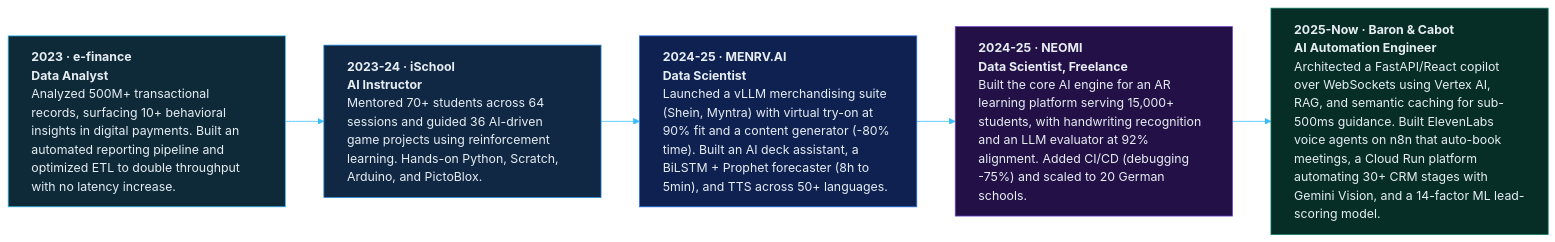
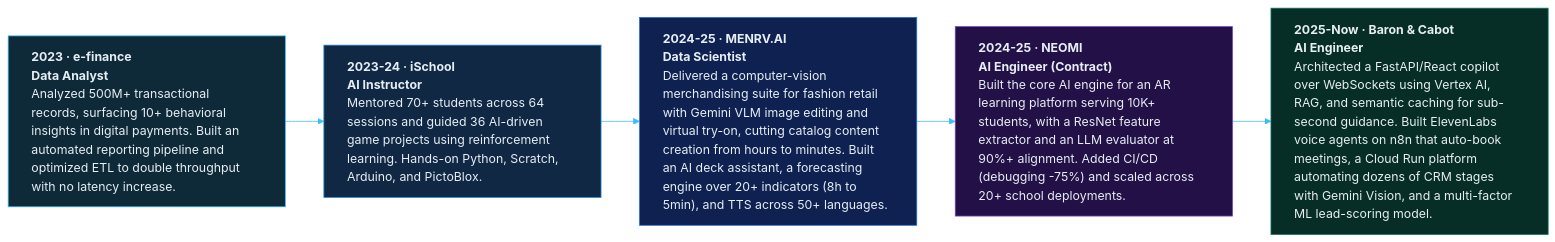
Before and after one commit to eyadelfar/eyadelfar.github.io: the first of 2 diagrams in github_readme.md, drawn with Mermaid. The commit also changed other lines of this file and 5 other files, not shown here.

````diff
--- a/github_readme.md
+++ b/github_readme.md
@@ -76,17 +76,17 @@
 ```mermaid
 %%{init: {'theme':'base','flowchart':{'wrappingWidth':300},'themeVariables':{'fontFamily':'monospace','lineColor':'#3ABEF9'}}}%%
 flowchart LR
     E["<b>2023 · e-finance</b><br/><b>Data Analyst</b><br/>Analyzed 500M+ transactional records, surfacing 10+ behavioral insights in digital payments. Built an automated reporting pipeline and optimized ETL to double throughput with no latency increase."]:::c0
     I["<b>2023-24 · iSchool</b><br/><b>AI Instructor</b><br/>Mentored 70+ students across 64 sessions and guided 36 AI-driven game projects using reinforcement learning. Hands-on Python, Scratch, Arduino, and PictoBlox."]:::c1
-    M["<b>2024-25 · MENRV.AI</b><br/><b>Data Scientist</b><br/>Launched a vLLM merchandising suite (Shein, Myntra) with virtual try-on at 90% fit and a content generator (-80% time). Built an AI deck assistant, a BiLSTM + Prophet forecaster (8h to 5min), and TTS across 50+ languages."]:::c2
-    N["<b>2024-25 · NEOMI</b><br/><b>Data Scientist, Freelance</b><br/>Built the core AI engine for an AR learning platform serving 15,000+ students, with handwriting recognition and an LLM evaluator at 92% alignment. Added CI/CD (debugging -75%) and scaled to 20 German schools."]:::c3
-    B["<b>2025-Now · Baron & Cabot</b><br/><b>AI Automation Engineer</b><br/>Architected a FastAPI/React copilot over WebSockets using Vertex AI, RAG, and semantic caching for sub-500ms guidance. Built ElevenLabs voice agents on n8n that auto-book meetings, a Cloud Run platform automating 30+ CRM stages with Gemini Vision, and a 14-factor ML lead-scoring model."]:::c4
+    M["<b>2024-25 · MENRV.AI</b><br/><b>Data Scientist</b><br/>Delivered a computer-vision merchandising suite for fashion retail with Gemini VLM image editing and virtual try-on, cutting catalog content creation from hours to minutes. Built an AI deck assistant, a forecasting engine over 20+ indicators (8h to 5min), and TTS across 50+ languages."]:::c2
+    N["<b>2024-25 · NEOMI</b><br/><b>AI Engineer (Contract)</b><br/>Built the core AI engine for an AR learning platform serving 10K+ students, with a ResNet feature extractor and an LLM evaluator at 90%+ alignment. Added CI/CD (debugging -75%) and scaled across 20+ school deployments."]:::c3
+    B["<b>2025-Now · Baron & Cabot</b><br/><b>AI Engineer</b><br/>Architected a FastAPI/React copilot over WebSockets using Vertex AI, RAG, and semantic caching for sub-second guidance. Built ElevenLabs voice agents on n8n that auto-book meetings, a Cloud Run platform automating dozens of CRM stages with Gemini Vision, and a multi-factor ML lead-scoring model."]:::c4
 
     E --> I --> M --> N --> B
 
     classDef c0 fill:#0E2A38,stroke:#3ABEF9,color:#E6EDF3,text-align:left;
     classDef c1 fill:#102844,stroke:#2D8FE0,color:#E6EDF3,text-align:left;
     classDef c2 fill:#0E2150,stroke:#1F6FEB,color:#E6EDF3,text-align:left;
     classDef c3 fill:#231047,stroke:#6E40C9,color:#E6EDF3,text-align:left;
     classDef c4 fill:#062E27,stroke:#0E7C66,color:#E6EDF3,text-align:left;
 ```
````
